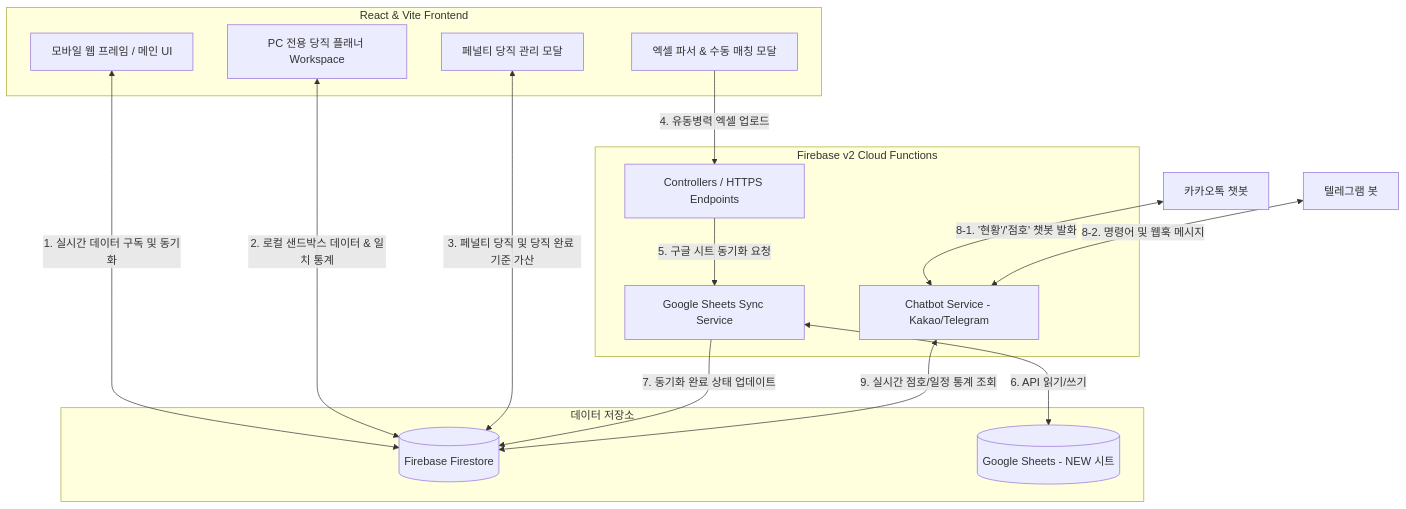
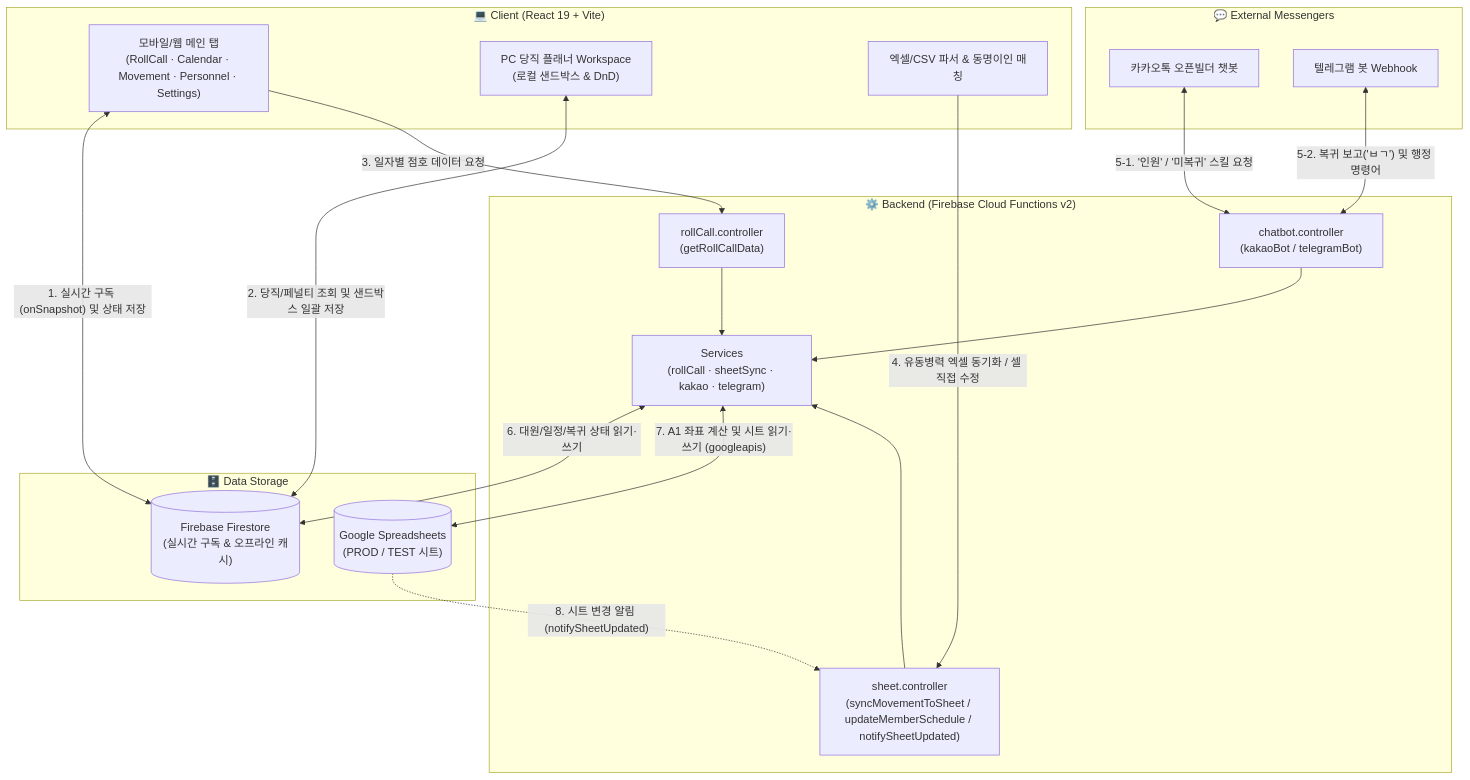
The diagram in README.md (KangGunn/NCOA), drawn with Mermaid before and after one commit. The commit also changed other lines of this file, not shown here.

````diff
--- a/README.md
+++ b/README.md
@@ -15,38 +31,46 @@
 ```mermaid
 flowchart TD
-    %% 프론트엔드 영역
-    subgraph Frontend [React & Vite Frontend]
-        FE_APP[모바일 웹 프레임 / 메인 UI]
-        FE_DUTY[PC 전용 당직 플래너 Workspace]
-        FE_PENALTY[페널티 당직 관리 모달]
-        FE_EXCEL[엑셀 파서 & 수동 매칭 모달]
+    %% 클라이언트 영역
+    subgraph Client ["💻 Client (React 19 + Vite)"]
+        UI_MAIN["모바일/웹 메인 탭\n(RollCall · Calendar · Movement · Personnel · Settings)"]
+        UI_DUTY["PC 당직 플래너 Workspace\n(로컬 샌드박스 & DnD)"]
+        UI_PARSER["엑셀/CSV 파서 & 동명이인 매칭"]
     end
 
-    %% 백엔드 및 서비스 영역
-    subgraph Backend [Firebase v2 Cloud Functions]
-        BE_CTRL[Controllers / HTTPS Endpoints]
-        BE_SYNC[Google Sheets Sync Service]
-        BE_BOT[Chatbot Service - Kakao/Telegram]
+    %% 외부 메신저 영역
+    subgraph Messengers ["💬 External Messengers"]
+        KAKAO["카카오톡 오픈빌더 챗봇"]
+        TELEGRAM["텔레그램 봇 Webhook"]
     end
 
-    %% 스토리지 영역
-    subgraph Storage [데이터 저장소]
-        FIRESTORE[(Firebase Firestore)]
-        GSHEET[(Google Sheets - NEW 시트)]
+    %% 백엔드 영역
+    subgraph Backend ["⚙️ Backend (Firebase Cloud Functions v2)"]
+        CTRL_ROLL["rollCall.controller\n(getRollCallData)"]
+        CTRL_SHEET["sheet.controller\n(syncMovementToSheet / updateMemberSchedule / notifySheetUpdated)"]
+        CTRL_BOT["chatbot.controller\n(kakaoBot / telegramBot)"]
+        SVC_CORE["Services\n(rollCall · sheetSync · kakao · telegram)"]
     end
 
-    %% 데이터 흐름 정의
-    FE_APP <-->|1. 실시간 데이터 구독 및 동기화| FIRESTORE
-    FE_DUTY <-->|2. 로컬 샌드박스 데이터 & 일치 통계| FIRESTORE
-    FE_PENALTY <-->|3. 페널티 당직 및 당직 완료 기준 가산| FIRESTORE
-    
-    FE_EXCEL -->|4. 유동병력 엑셀 업로드| BE_CTRL
-    BE_CTRL -->|5. 구글 시트 동기화 요청| BE_SYNC
-    BE_SYNC <-->|6. API 읽기/쓰기| GSHEET
-    BE_SYNC -->|7. 동기화 완료 상태 업데이트| FIRESTORE
-    
-    %% 챗봇 연동 흐름
-    KakaoTalk[카카오톡 챗봇] <-->|8-1. '현황'/'점호' 챗봇 발화| BE_BOT
-    Telegram[텔레그램 봇] <-->|8-2. 명령어 및 웹훅 메시지| BE_BOT
-    BE_BOT <-->|9. 실시간 점호/일정 통계 조회| FIRESTORE
+    %% 데이터 저장소 영역
+    subgraph Storage ["🗄️ Data Storage"]
+        FIRESTORE[("Firebase Firestore\n(실시간 구독 & 오프라인 캐시)")]
+        GSHEET[("Google Spreadsheets\n(PROD / TEST 시트)")]
+    end
+
+    %% 데이터 흐름
+    UI_MAIN <-->|"1. 실시간 구독 (onSnapshot) 및 상태 저장"| FIRESTORE
+    UI_DUTY <-->|"2. 당직/페널티 조회 및 샌드박스 일괄 저장"| FIRESTORE
+    UI_MAIN -->|"3. 일자별 점호 데이터 요청"| CTRL_ROLL
+    UI_PARSER -->|"4. 유동병력 엑셀 동기화 / 셀 직접 수정"| CTRL_SHEET
+
+    KAKAO <-->|"5-1. '인원' / '미복귀' 스킬 요청"| CTRL_BOT
+    TELEGRAM <-->|"5-2. 복귀 보고('ㅂㄱ') 및 행정 명령어"| CTRL_BOT
+
+    CTRL_ROLL --> SVC_CORE
+    CTRL_SHEET --> SVC_CORE
+    CTRL_BOT --> SVC_CORE
+
+    SVC_CORE <-->|"6. 대원/일정/복귀 상태 읽기·쓰기"| FIRESTORE
+    SVC_CORE <-->|"7. A1 좌표 계산 및 시트 읽기·쓰기 (googleapis)"| GSHEET
+    GSHEET -.->|"8. 시트 변경 알림 (notifySheetUpdated)"| CTRL_SHEET
 ```
````
